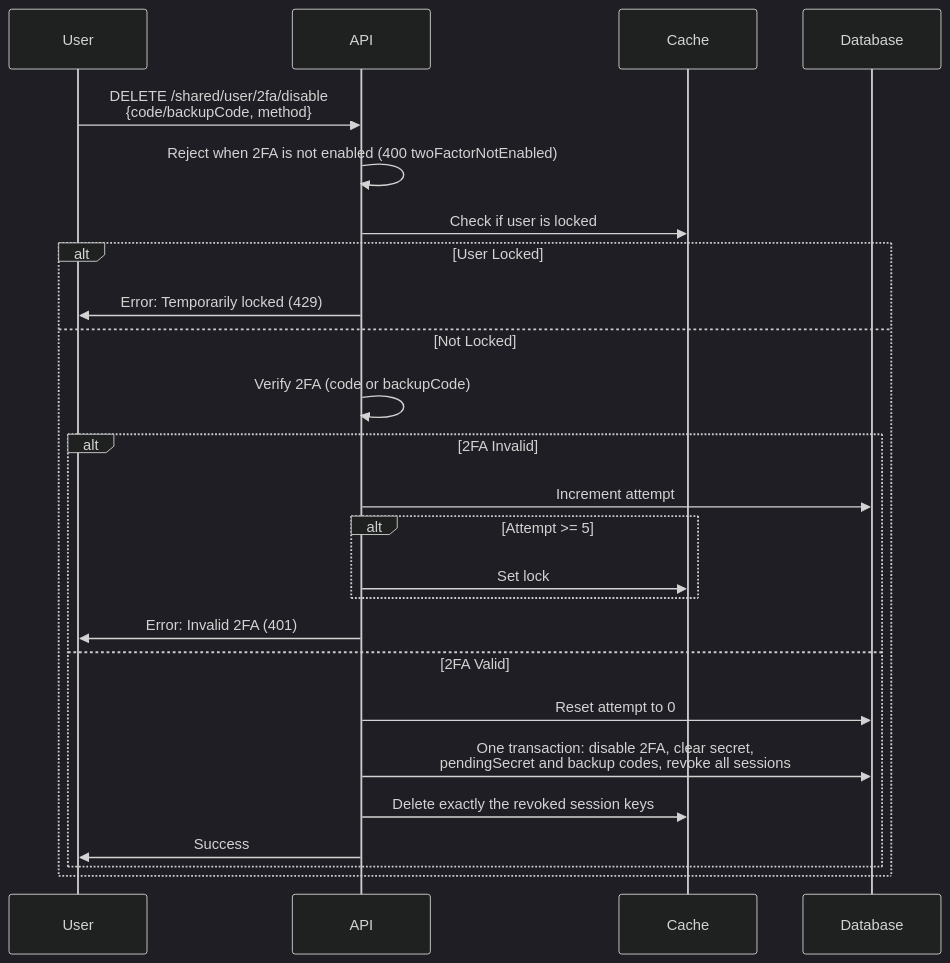
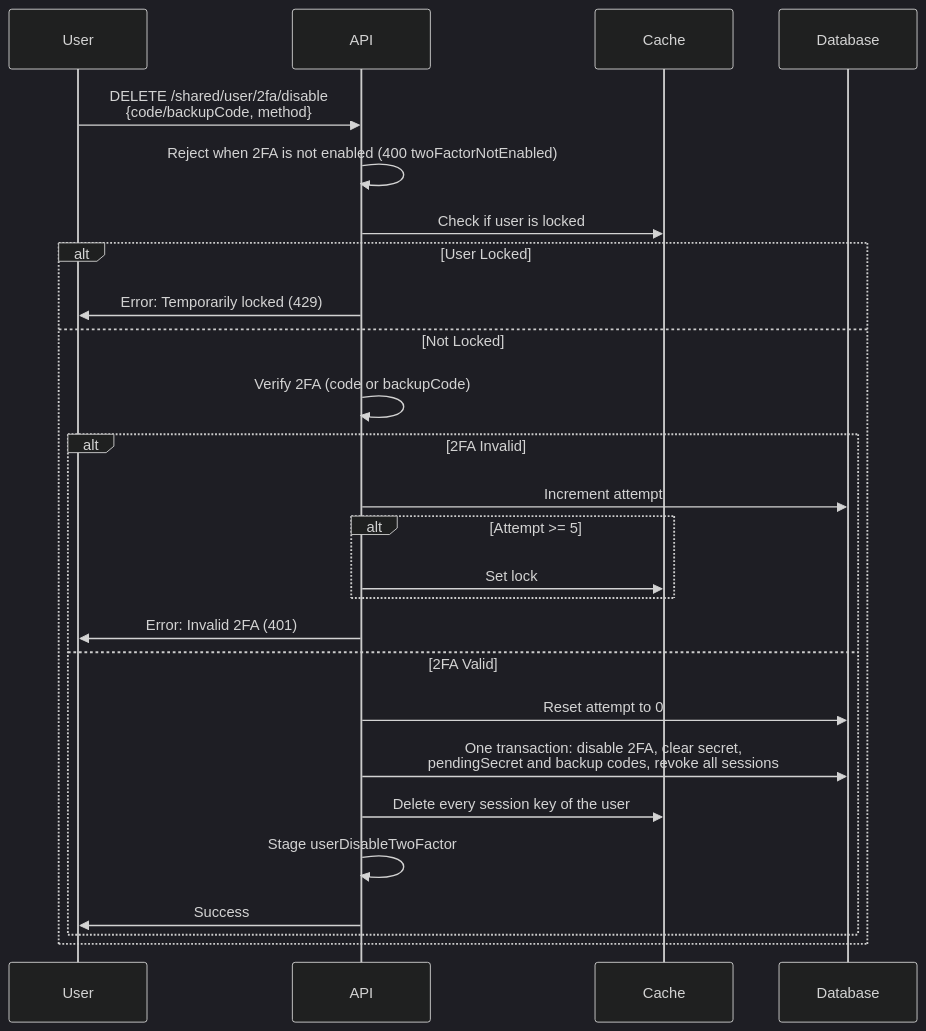
The ninth of 9 diagrams in docs/two-factor.md (andrechristikan/ack-nestjs-boilerplate), drawn with Mermaid (dark theme) before and after one commit. The commit also changed other lines of this file and 141 other files, not shown here.

````diff
--- a/docs/two-factor.md
+++ b/docs/two-factor.md
@@ -511,28 +530,29 @@
 ```mermaid
 sequenceDiagram
     participant User
     participant API
     participant Cache
     participant Database
 
     User->>API: DELETE /shared/user/2fa/disable<br/>{code/backupCode, method}
     API->>API: Reject when 2FA is not enabled (400 twoFactorNotEnabled)
     API->>Cache: Check if user is locked
     alt User Locked
         API->>User: Error: Temporarily locked (429)
     else Not Locked
         API->>API: Verify 2FA (code or backupCode)
         alt 2FA Invalid
             API->>Database: Increment attempt
             alt Attempt >= 5
                 API->>Cache: Set lock
             end
             API->>User: Error: Invalid 2FA (401)
         else 2FA Valid
             API->>Database: Reset attempt to 0
             API->>Database: One transaction: disable 2FA, clear secret,<br/>pendingSecret and backup codes, revoke all sessions
-            API->>Cache: Delete exactly the revoked session keys
+            API->>Cache: Delete every session key of the user
+            API->>API: Stage userDisableTwoFactor
             API->>User: Success
         end
     end
 ```
````
